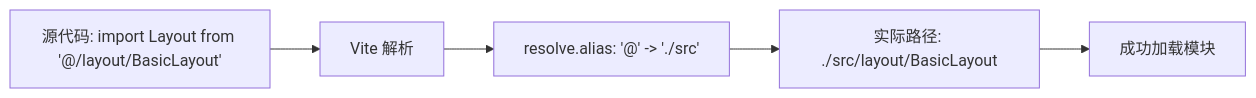
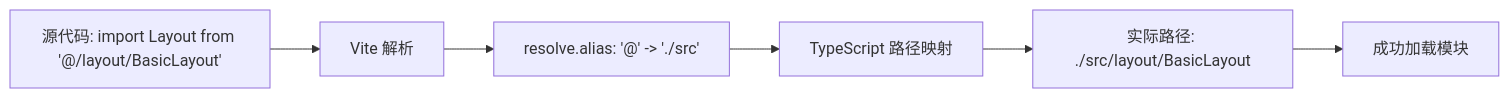
One commit to fengerzh/react-vscode-template changed the second of 2 diagrams in .qoder/repowiki/zh/content/构建与部署/构建配置.md. Above: the diagram before and after it, drawn with Mermaid. The commit also changed other lines of this file and 6 other files, not shown here.

````diff
--- a/.qoder/repowiki/zh/content/构建与部署/构建配置.md
+++ b/.qoder/repowiki/zh/content/构建与部署/构建配置.md
@@ -54,7 +61,8 @@
 ```mermaid
 flowchart LR
 A["源代码: import Layout from '@/layout/BasicLayout'"] --> B["Vite 解析"]
 B --> C["resolve.alias: '@' -> './src'"]
-C --> D["实际路径: ./src/layout/BasicLayout"]
-D --> E["成功加载模块"]
+C --> D["TypeScript 路径映射"]
+D --> E["实际路径: ./src/layout/BasicLayout"]
+E --> F["成功加载模块"]
 ```
````
